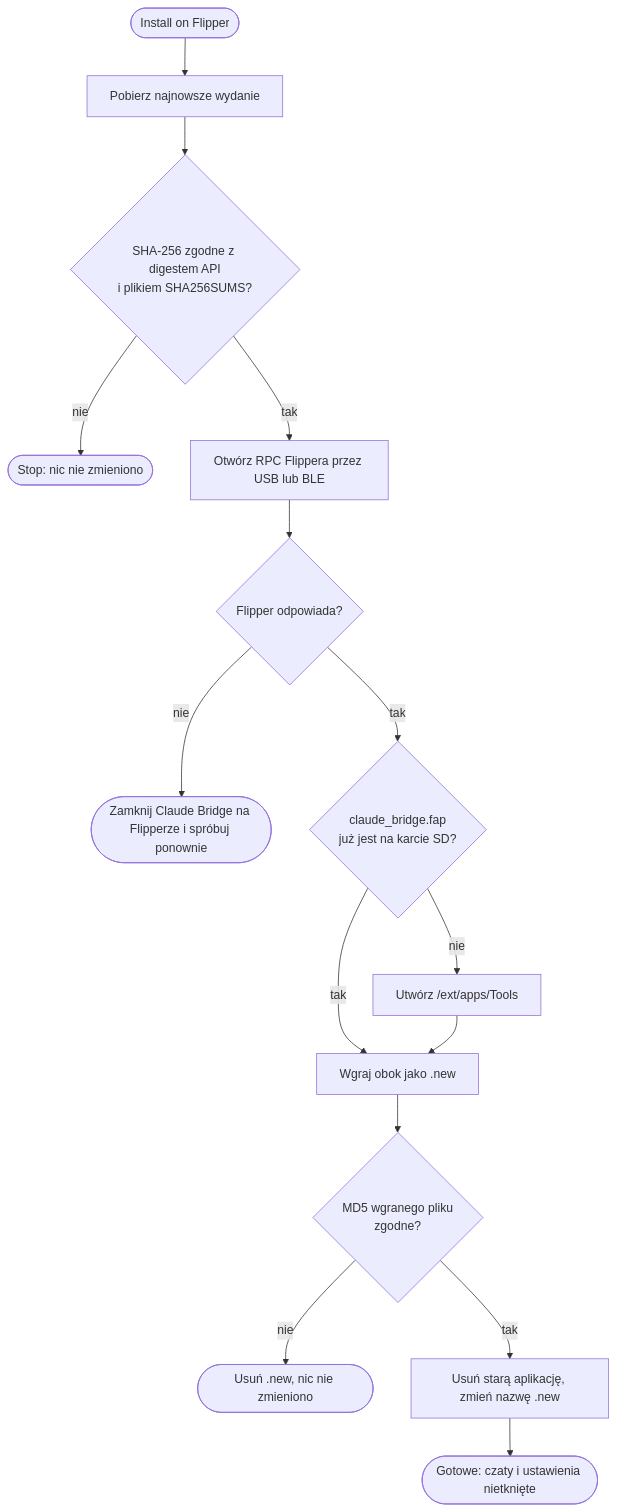
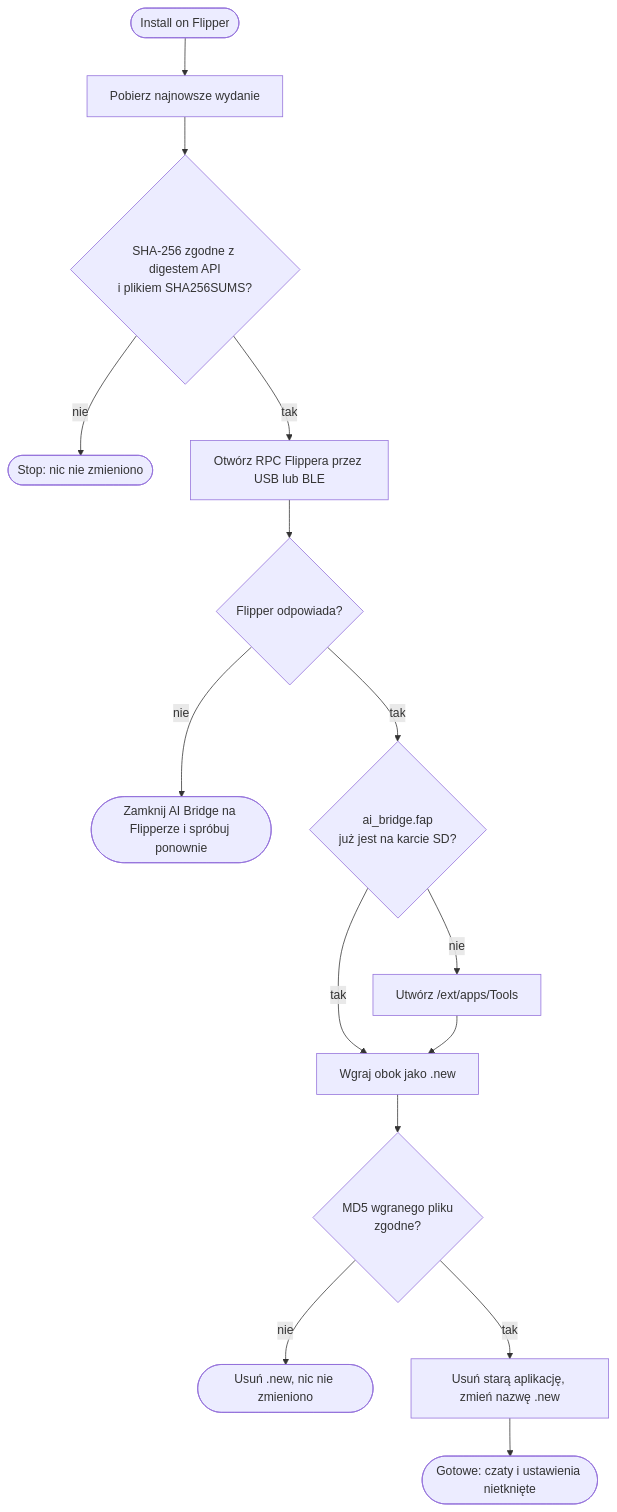
The fifth of 5 diagrams in README.pl.md (Nahida4479/Flipper-AI-Bridge), drawn with Mermaid before and after one commit. The commit also changed other lines of this file and 28 other files, not shown here.

````diff
--- a/README.pl.md
+++ b/README.pl.md
@@ -78,16 +78,16 @@
 ```mermaid
 flowchart TD
     A([Install on Flipper]) --> B[Pobierz najnowsze wydanie]
     B --> C{SHA-256 zgodne z digestem API<br/>i plikiem SHA256SUMS?}
     C -- nie --> X([Stop: nic nie zmieniono])
     C -- tak --> D[Otwórz RPC Flippera przez USB lub BLE]
     D --> E{Flipper odpowiada?}
-    E -- nie --> Y([Zamknij Claude Bridge na Flipperze i spróbuj ponownie])
-    E -- tak --> F{claude_bridge.fap<br/>już jest na karcie SD?}
+    E -- nie --> Y([Zamknij AI Bridge na Flipperze i spróbuj ponownie])
+    E -- tak --> F{ai_bridge.fap<br/>już jest na karcie SD?}
     F -- tak --> G[Wgraj obok jako .new]
     F -- nie --> H[Utwórz /ext/apps/Tools] --> G
     G --> I{MD5 wgranego pliku<br/>zgodne?}
     I -- nie --> Z([Usuń .new, nic nie zmieniono])
     I -- tak --> J[Usuń starą aplikację, zmień nazwę .new]
     J --> K([Gotowe: czaty i ustawienia nietknięte])
 ```
````
